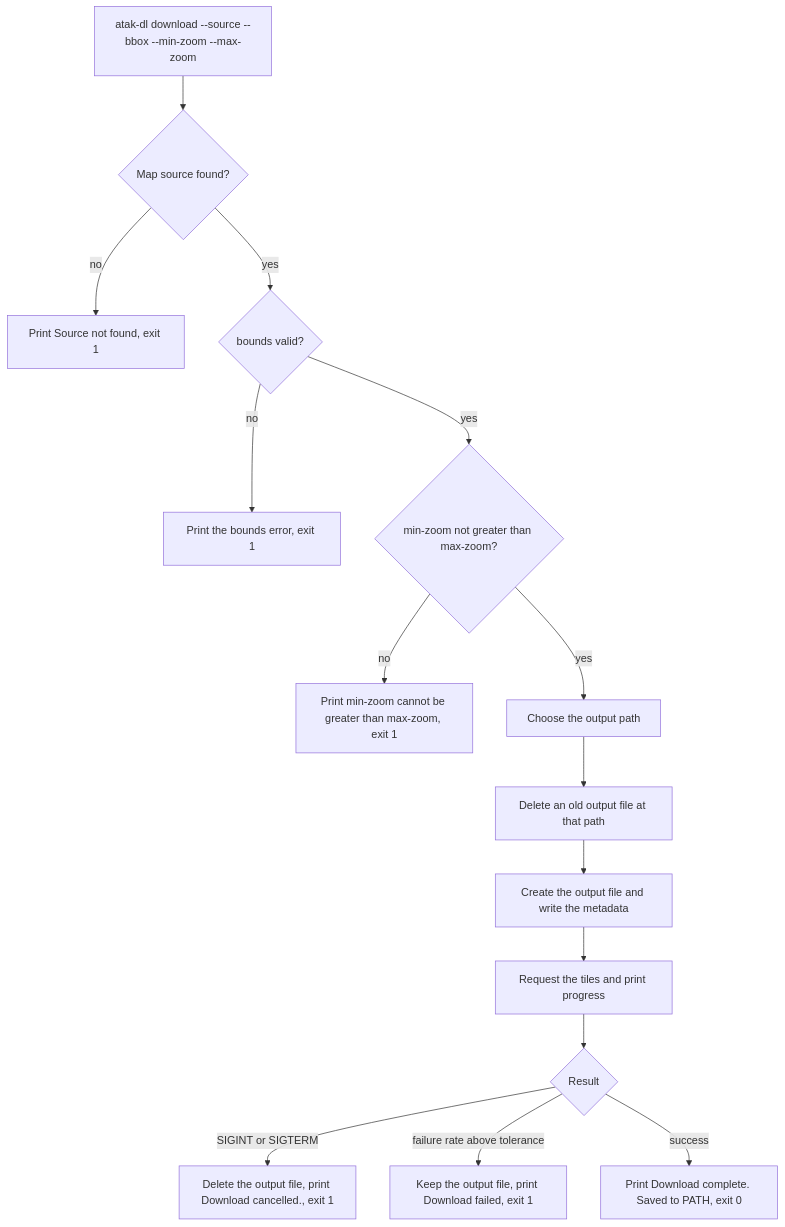
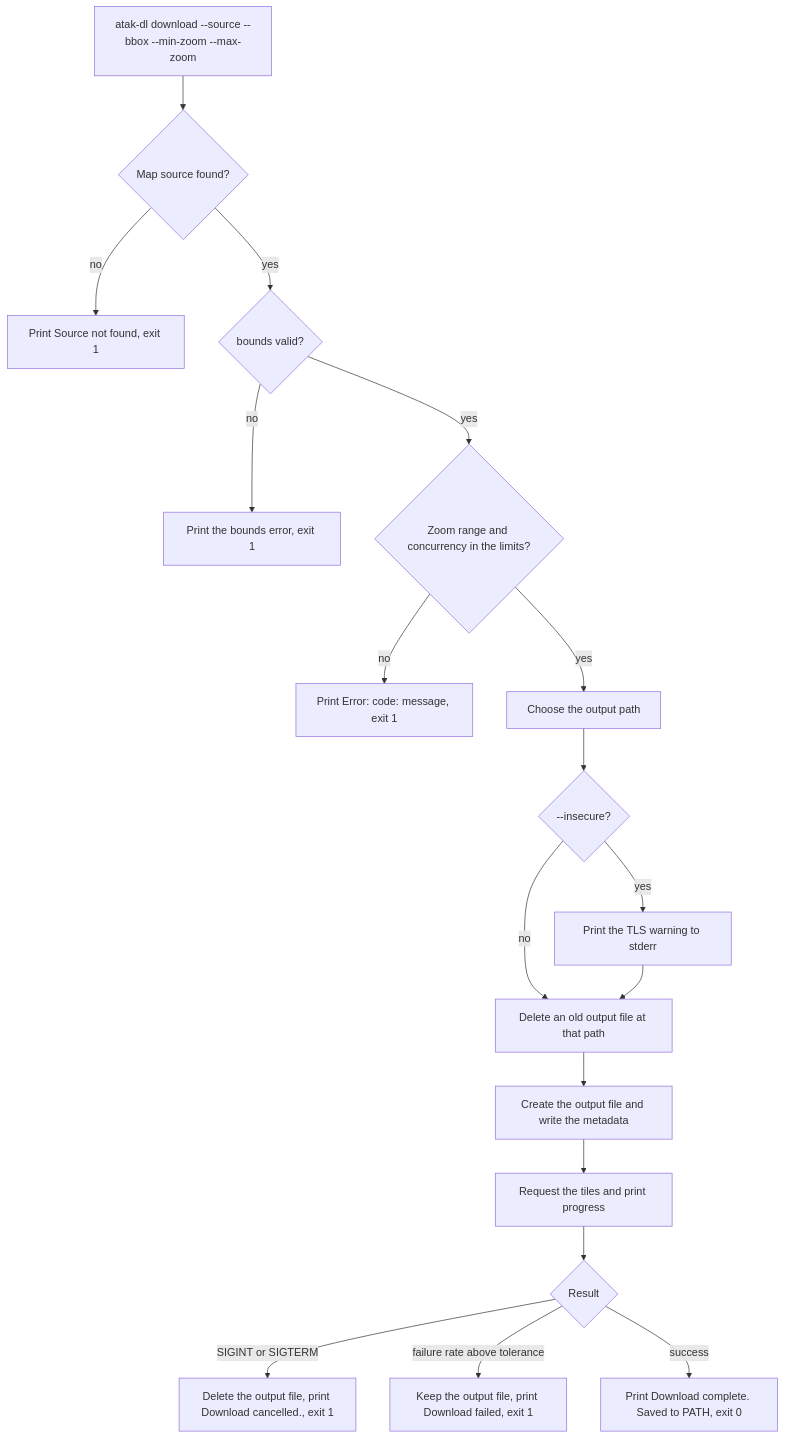
One commit to Crank-Git/ATAKMapDownloader changed the first of 2 diagrams in docs/specs/features/03-tile-download.md. Above: the diagram before and after it, drawn with Mermaid. The commit also changed other lines of this file and 15 other files, not shown here.

````diff
--- a/docs/specs/features/03-tile-download.md
+++ b/docs/specs/features/03-tile-download.md
@@ -72,17 +79,20 @@
 ```mermaid
 flowchart TD
     A[atak-dl download --source --bbox --min-zoom --max-zoom] --> B{Map source found?}
     B -- no --> X1[Print Source not found, exit 1]
     B -- yes --> C{bounds valid?}
     C -- no --> X2[Print the bounds error, exit 1]
-    C -- yes --> D{min-zoom not greater than max-zoom?}
-    D -- no --> X3[Print min-zoom cannot be greater than max-zoom, exit 1]
+    C -- yes --> D{Zoom range and concurrency in the limits?}
+    D -- no --> X3[Print Error: code: message, exit 1]
     D -- yes --> E[Choose the output path]
-    E --> F[Delete an old output file at that path]
+    E --> W{--insecure?}
+    W -- yes --> W1[Print the TLS warning to stderr]
+    W -- no --> F
+    W1 --> F[Delete an old output file at that path]
     F --> G[Create the output file and write the metadata]
     G --> H[Request the tiles and print progress]
     H --> I{Result}
     I -- SIGINT or SIGTERM --> J[Delete the output file, print Download cancelled., exit 1]
     I -- failure rate above tolerance --> K[Keep the output file, print Download failed, exit 1]
     I -- success --> L[Print Download complete. Saved to PATH, exit 0]
 ```
````
